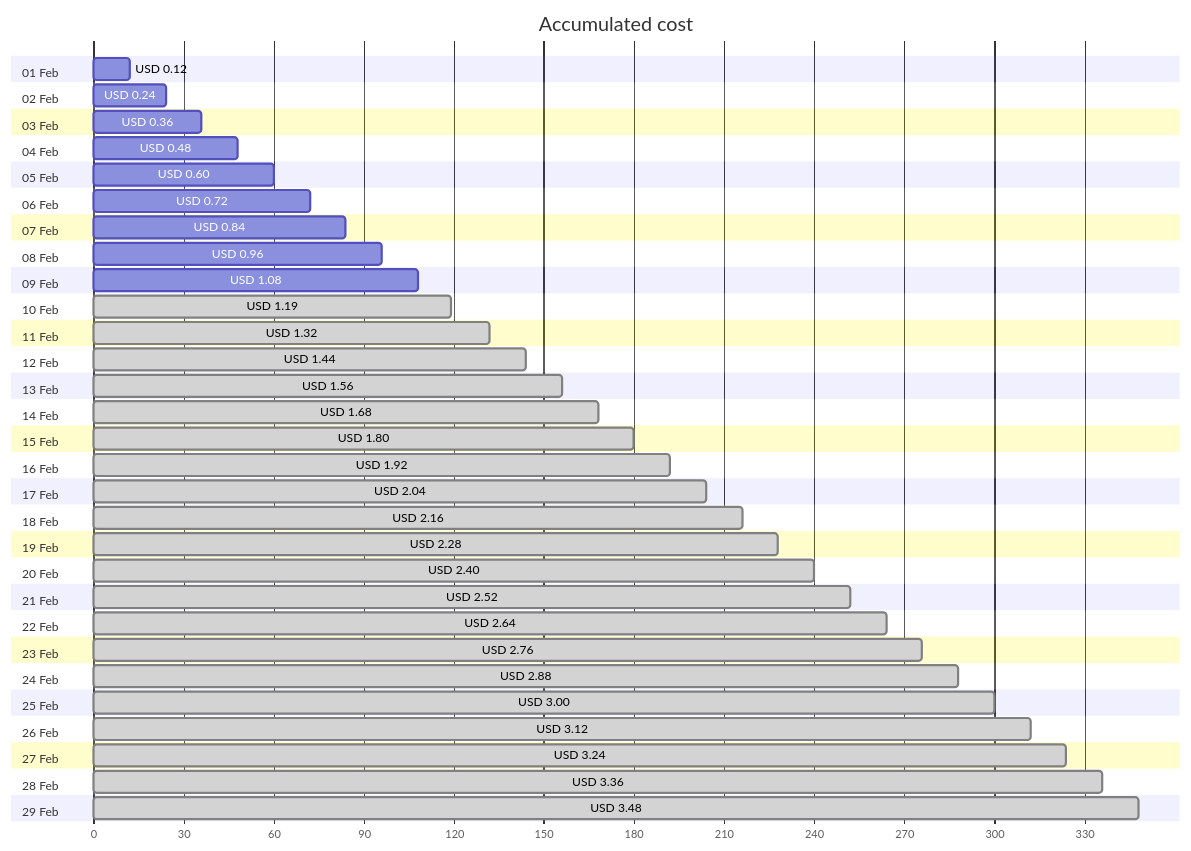
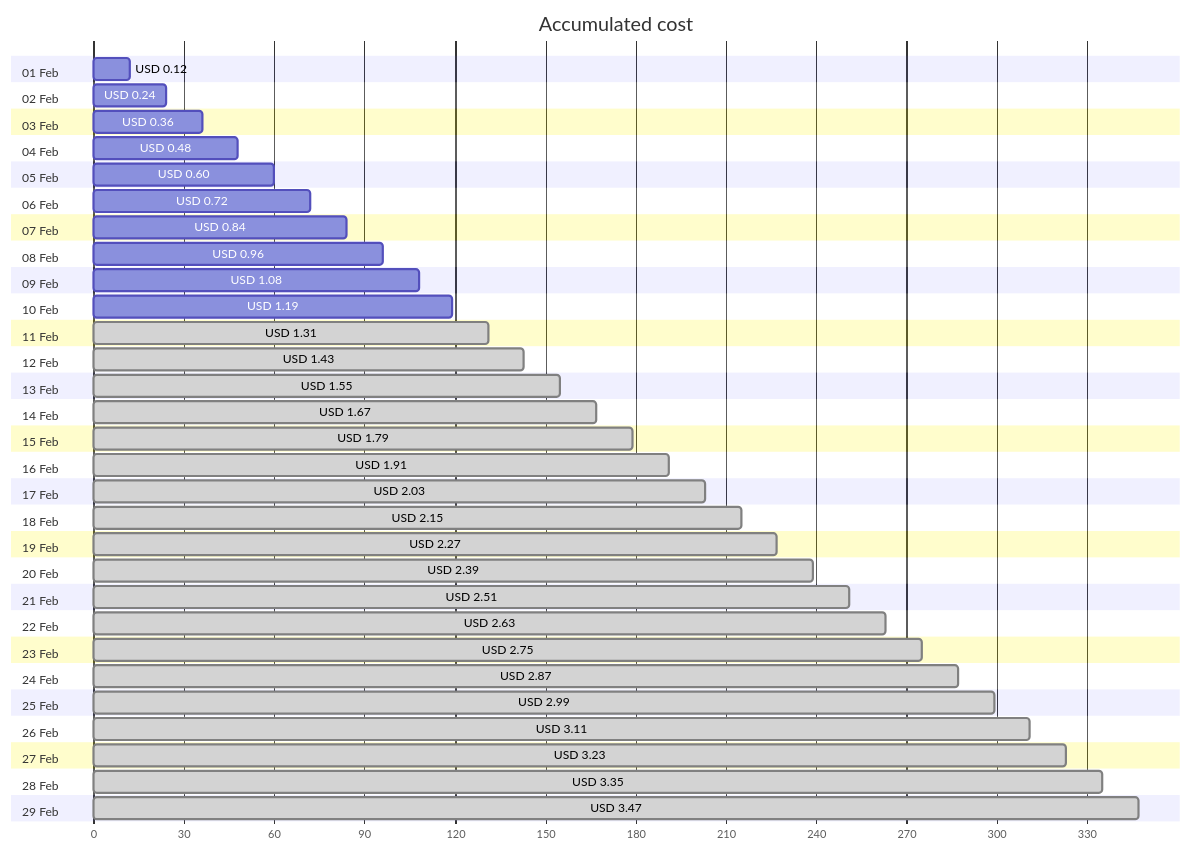
One commit to jpfulton/azure-personal-reports changed the first of 4 diagrams in cost-reports/personal-network/backup-server-public-ip.md. Above: the diagram before and after it, drawn with Mermaid. The commit also changed other lines of this file and 8 other files, not shown here.

````diff
--- a/cost-reports/personal-network/backup-server-public-ip.md
+++ b/cost-reports/personal-network/backup-server-public-ip.md
@@ -20,64 +20,64 @@
 ```mermaid
 gantt
    title Accumulated cost
    dateFormat  X
    axisFormat %s
    section 01 Feb
    USD 0.12 :0, 12
    section 02 Feb
    USD 0.24 :0, 24
    section 03 Feb
    USD 0.36 :0, 36
    section 04 Feb
    USD 0.48 :0, 48
    section 05 Feb
    USD 0.60 :0, 60
    section 06 Feb
    USD 0.72 :0, 72
    section 07 Feb
    USD 0.84 :0, 84
    section 08 Feb
    USD 0.96 :0, 96
    section 09 Feb
    USD 1.08 :0, 108
    section 10 Feb
-   USD 1.19 : done, 0, 119
+   USD 1.19 :0, 119
    section 11 Feb
-   USD 1.32 : done, 0, 132
+   USD 1.31 : done, 0, 131
    section 12 Feb
-   USD 1.44 : done, 0, 144
+   USD 1.43 : done, 0, 143
    section 13 Feb
-   USD 1.56 : done, 0, 156
+   USD 1.55 : done, 0, 155
    section 14 Feb
-   USD 1.68 : done, 0, 168
+   USD 1.67 : done, 0, 167
    section 15 Feb
-   USD 1.80 : done, 0, 180
+   USD 1.79 : done, 0, 179
    section 16 Feb
-   USD 1.92 : done, 0, 192
+   USD 1.91 : done, 0, 191
    section 17 Feb
-   USD 2.04 : done, 0, 204
+   USD 2.03 : done, 0, 203
    section 18 Feb
-   USD 2.16 : done, 0, 216
+   USD 2.15 : done, 0, 215
    section 19 Feb
-   USD 2.28 : done, 0, 228
+   USD 2.27 : done, 0, 227
    section 20 Feb
-   USD 2.40 : done, 0, 240
+   USD 2.39 : done, 0, 239
    section 21 Feb
-   USD 2.52 : done, 0, 252
+   USD 2.51 : done, 0, 251
    section 22 Feb
-   USD 2.64 : done, 0, 264
+   USD 2.63 : done, 0, 263
    section 23 Feb
-   USD 2.76 : done, 0, 276
+   USD 2.75 : done, 0, 275
    section 24 Feb
-   USD 2.88 : done, 0, 288
+   USD 2.87 : done, 0, 287
    section 25 Feb
-   USD 3.00 : done, 0, 300
+   USD 2.99 : done, 0, 299
    section 26 Feb
-   USD 3.12 : done, 0, 312
+   USD 3.11 : done, 0, 311
    section 27 Feb
-   USD 3.24 : done, 0, 324
+   USD 3.23 : done, 0, 323
    section 28 Feb
-   USD 3.36 : done, 0, 336
+   USD 3.35 : done, 0, 335
    section 29 Feb
-   USD 3.48 : done, 0, 348
+   USD 3.47 : done, 0, 347
 ```
````
